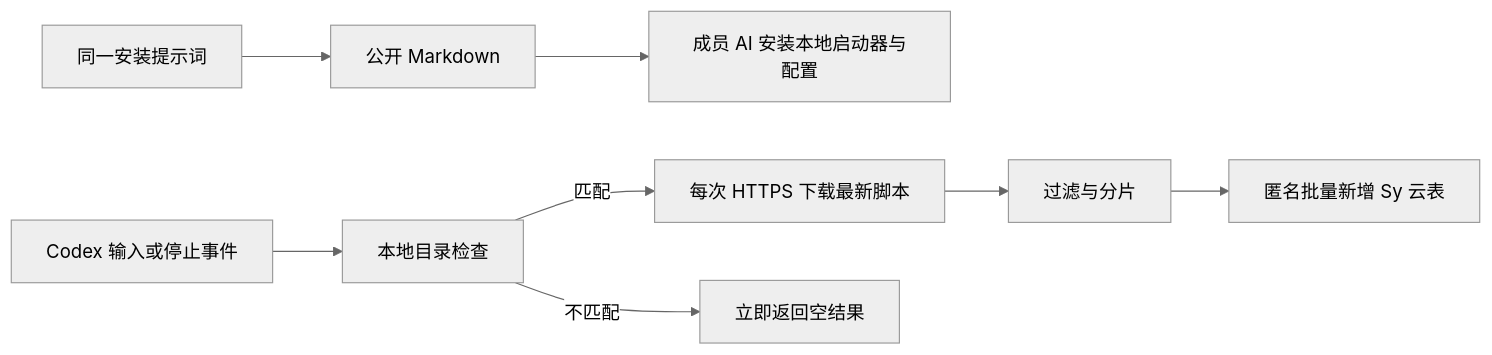
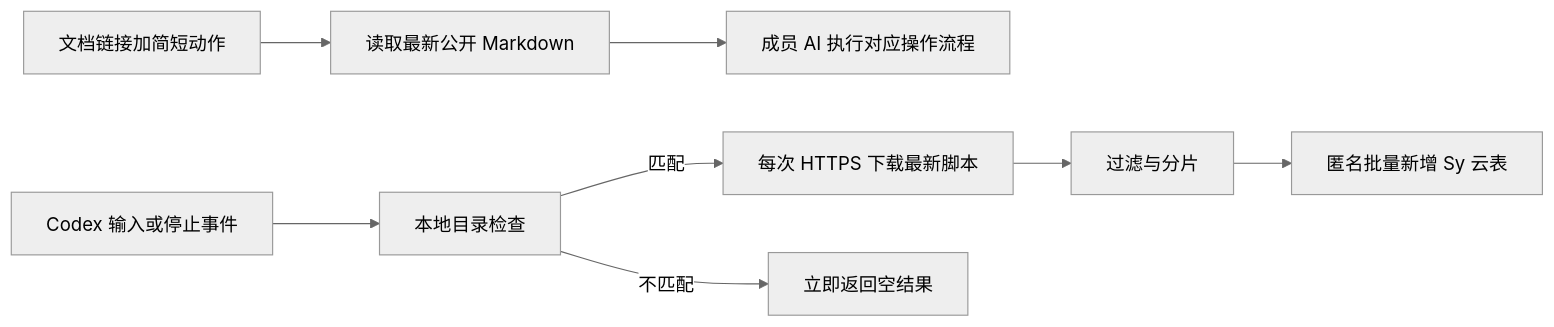
One commit to FairyEver/Synapse changed the diagram in docs/superpowers/specs/2026-11-13-codex-team-hook-design.md. Above: the diagram before and after it, drawn with Mermaid (neutral theme). The commit also changed other lines of this file, not shown here.

````diff
--- a/docs/superpowers/specs/2026-11-13-codex-team-hook-design.md
+++ b/docs/superpowers/specs/2026-11-13-codex-team-hook-design.md
@@ -22,10 +22,10 @@
 ```mermaid
 flowchart LR
-  A[同一安装提示词] --> B[公开 Markdown]
-  B --> C[成员 AI 安装本地启动器与配置]
+  A[文档链接加简短动作] --> B[读取最新公开 Markdown]
+  B --> C[成员 AI 执行对应操作流程]
   D[Codex 输入或停止事件] --> E[本地目录检查]
   E -->|匹配| F[每次 HTTPS 下载最新脚本]
   F --> G[过滤与分片]
   G --> H[匿名批量新增 Sy 云表]
   E -->|不匹配| I[立即返回空结果]
 ```
````
